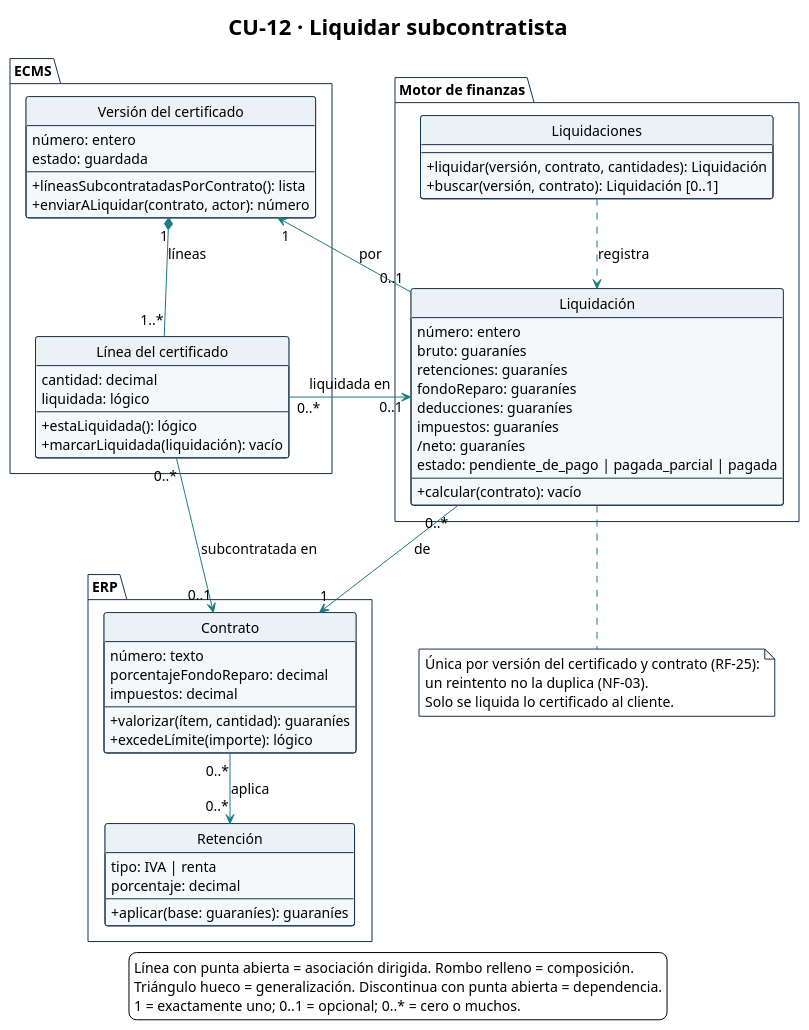
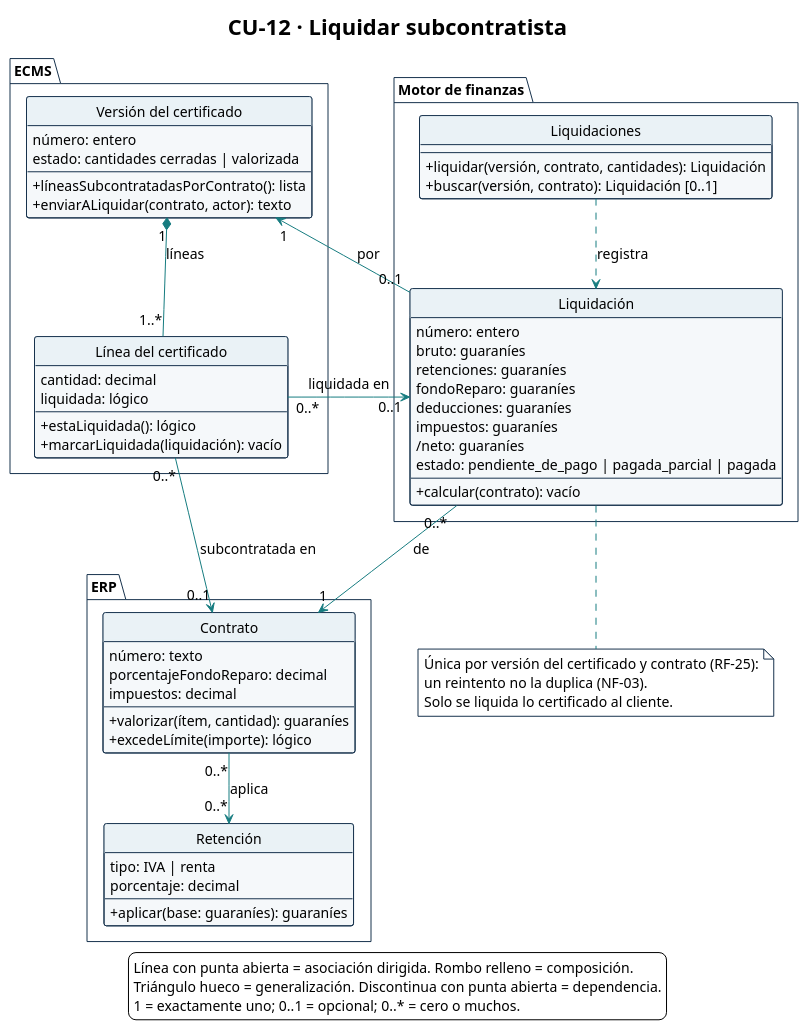
One commit to Ssrrb/tpf-uca changed the diagram in diagramas/CU-12-clases.puml. Above: the diagram before and after it, drawn with PlantUML. The commit also changed 13 other files, not shown here.

```diff
--- a/diagramas/CU-12-clases.puml
+++ b/diagramas/CU-12-clases.puml
@@ -1,104 +1,104 @@
 @startuml
 !theme plain
 skinparam style strictuml
 title CU-12 · Liquidar subcontratista
 hide circle
 hide empty methods
 hide empty fields
 skinparam shadowing false
 skinparam classAttributeIconSize 0
 skinparam defaultFontName Arial
 skinparam defaultFontSize 14
 skinparam nodesep 40
 skinparam ranksep 50
 skinparam ArrowColor #167C80
 skinparam class {
   BackgroundColor #F5F8FA
   BorderColor #17324D
   HeaderBackgroundColor #EAF2F6
 }
 skinparam package {
   BackgroundColor #FFFFFF
   BorderColor #17324D
 }
 skinparam note {
   BackgroundColor #FFFFFF
   BorderColor #17324D
 }
 package "ECMS" {
   class "Versión del certificado" as VersionCertificado {
     número: entero
-    estado: guardada
+    estado: cantidades cerradas | valorizada
     --
     + líneasSubcontratadasPorContrato(): lista
-    + enviarALiquidar(contrato, actor): número
+    + enviarALiquidar(contrato, actor): texto
   }
 
   class "Línea del certificado" as LineaCertificado {
     cantidad: decimal
     liquidada: lógico
     --
     + estaLiquidada(): lógico
     + marcarLiquidada(liquidación): vacío
   }
 }
 
 package "Motor de finanzas" {
   class "Liquidaciones" as Liquidaciones {
     --
     + liquidar(versión, contrato, cantidades): Liquidación
     + buscar(versión, contrato): Liquidación [0..1]
   }
 
   class "Liquidación" as Liquidacion {
     número: entero
     bruto: guaraníes
     retenciones: guaraníes
     fondoReparo: guaraníes
     deducciones: guaraníes
     impuestos: guaraníes
     /neto: guaraníes
     estado: pendiente_de_pago | pagada_parcial | pagada
     --
     + calcular(contrato): vacío
   }
 }
 
 package "ERP" {
   class Contrato {
     número: texto
     porcentajeFondoReparo: decimal
     impuestos: decimal
     --
     + valorizar(ítem, cantidad): guaraníes
     + excedeLímite(importe): lógico
   }
 
   class "Retención" as Retencion {
     tipo: IVA | renta
     porcentaje: decimal
     --
     + aplicar(base: guaraníes): guaraníes
   }
 }
 
 VersionCertificado "1" *-- "1..*" LineaCertificado : líneas
 LineaCertificado "0..*" --> "0..1" Contrato : subcontratada en
 LineaCertificado "0..*" --> "0..1" Liquidacion : liquidada en
 Liquidaciones ..> Liquidacion : registra
 Liquidacion "0..*" --> "1" Contrato : de
 Liquidacion "0..1" --> "1" VersionCertificado : por
 Contrato "0..*" --> "0..*" Retencion : aplica
 
 note bottom of Liquidacion
   Única por versión del certificado y contrato (RF-25):
   un reintento no la duplica (NF-03).
   Solo se liquida lo certificado al cliente.
 end note
 
 legend bottom
   Línea con punta abierta = asociación dirigida. Rombo relleno = composición.
   Triángulo hueco = generalización. Discontinua con punta abierta = dependencia.
   1 = exactamente uno; 0..1 = opcional; 0..* = cero o muchos.
 endlegend
 @enduml
```
